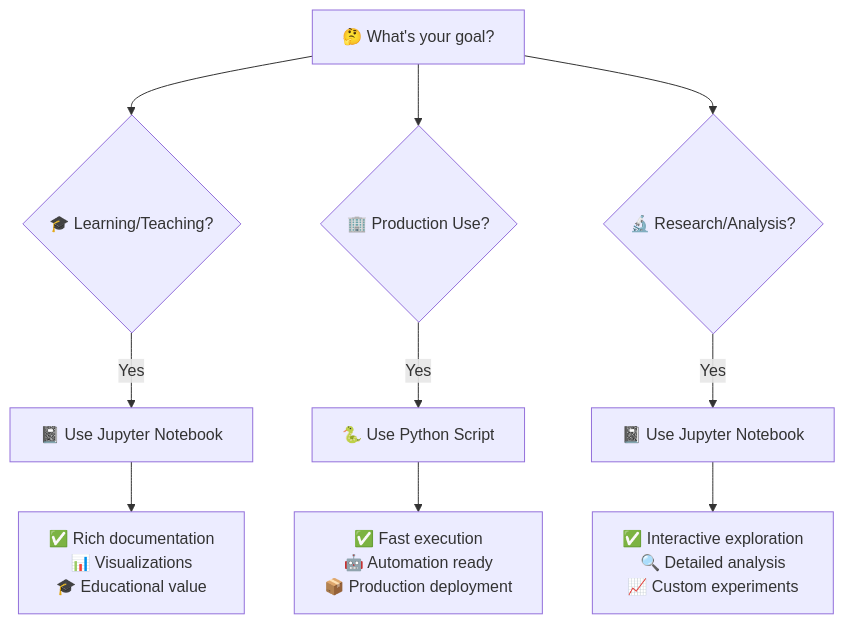
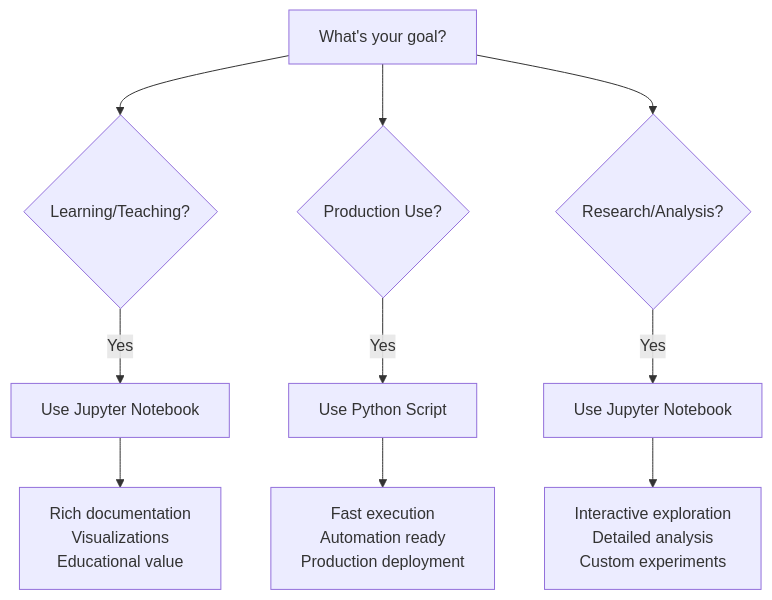
One commit to 246mayank/Credit-Score-Classification-Project changed the first of 2 diagrams in README.md. Above: the diagram before and after it, drawn with Mermaid. The commit also changed other lines of this file, not shown here.

````diff
--- a/README.md
+++ b/README.md
@@ -153,14 +133,14 @@
 ```mermaid
 flowchart TD
-    A[🤔 What's your goal?] --> B{🎓 Learning/Teaching?}
-    A --> C{🏢 Production Use?}
-    A --> D{🔬 Research/Analysis?}
+    A[What's your goal?] --> B{Learning/Teaching?}
+    A --> C{Production Use?}
+    A --> D{Research/Analysis?}
     
-    B -->|Yes| E[📓 Use Jupyter Notebook]
-    C -->|Yes| F[🐍 Use Python Script]
-    D -->|Yes| G[📓 Use Jupyter Notebook]
+    B -->|Yes| E[Use Jupyter Notebook]
+    C -->|Yes| F[Use Python Script]
+    D -->|Yes| G[Use Jupyter Notebook]
     
-    E --> H[✅ Rich documentation<br/>📊 Visualizations<br/>🎓 Educational value]
-    F --> I[✅ Fast execution<br/>🤖 Automation ready<br/>📦 Production deployment]
-    G --> J[✅ Interactive exploration<br/>🔍 Detailed analysis<br/>📈 Custom experiments]
+    E --> H[Rich documentation<br/>Visualizations<br/>Educational value]
+    F --> I[Fast execution<br/>Automation ready<br/>Production deployment]
+    G --> J[Interactive exploration<br/>Detailed analysis<br/>Custom experiments]
 ```
````
